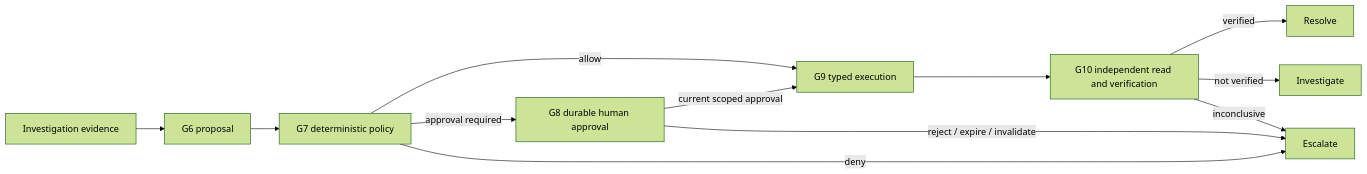
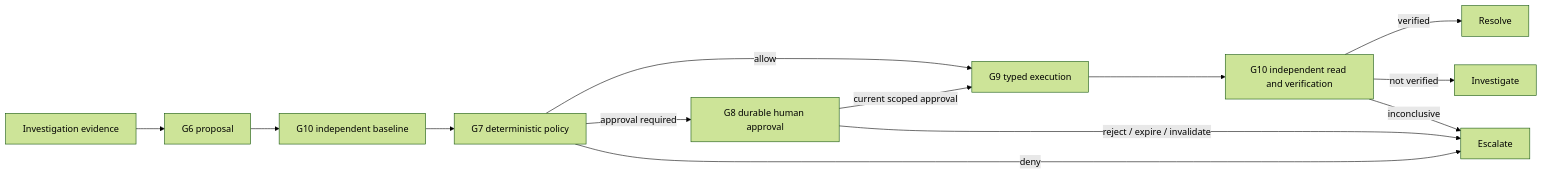
The diagram in docs/architecture/bounded-remediation.md (Stevemeg/Autonomous-SRE-Incident-Commander), drawn with Mermaid (forest theme) before and after one commit. The commit also changed other lines of this file and 55 other files, not shown here.

````diff
--- a/docs/architecture/bounded-remediation.md
+++ b/docs/architecture/bounded-remediation.md
@@ -11,14 +11,15 @@
 ```mermaid
 flowchart LR
     E[Investigation evidence] --> G6[G6 proposal]
-    G6 --> G7[G7 deterministic policy]
+    G6 --> G10B[G10 independent baseline]
+    G10B --> G7[G7 deterministic policy]
     G7 -->|allow| G9[G9 typed execution]
     G7 -->|approval required| G8[G8 durable human approval]
     G8 -->|current scoped approval| G9
     G7 -->|deny| X[Escalate]
     G8 -->|reject / expire / invalidate| X
     G9 --> G10[G10 independent read and verification]
     G10 -->|verified| R[Resolve]
     G10 -->|not verified| I[Investigate]
     G10 -->|inconclusive| X
 ```
````
